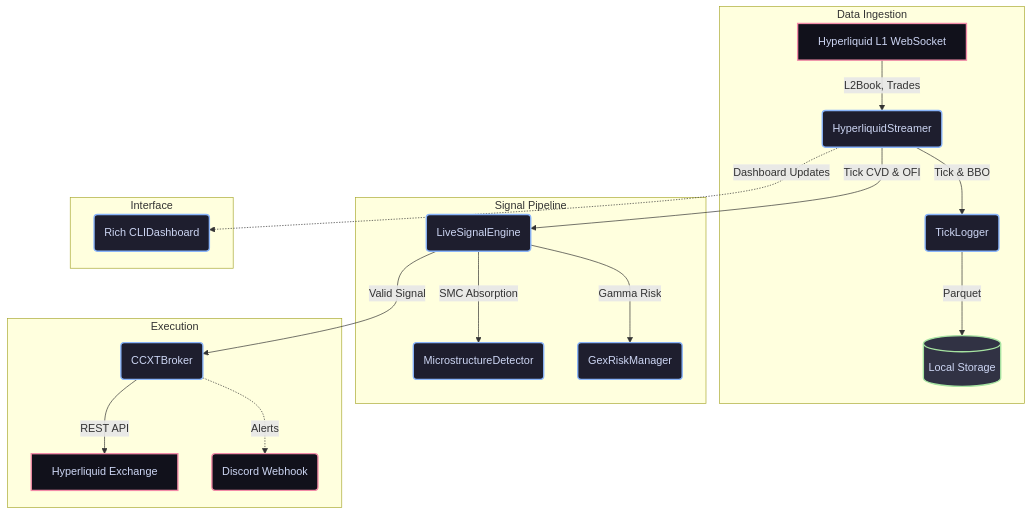
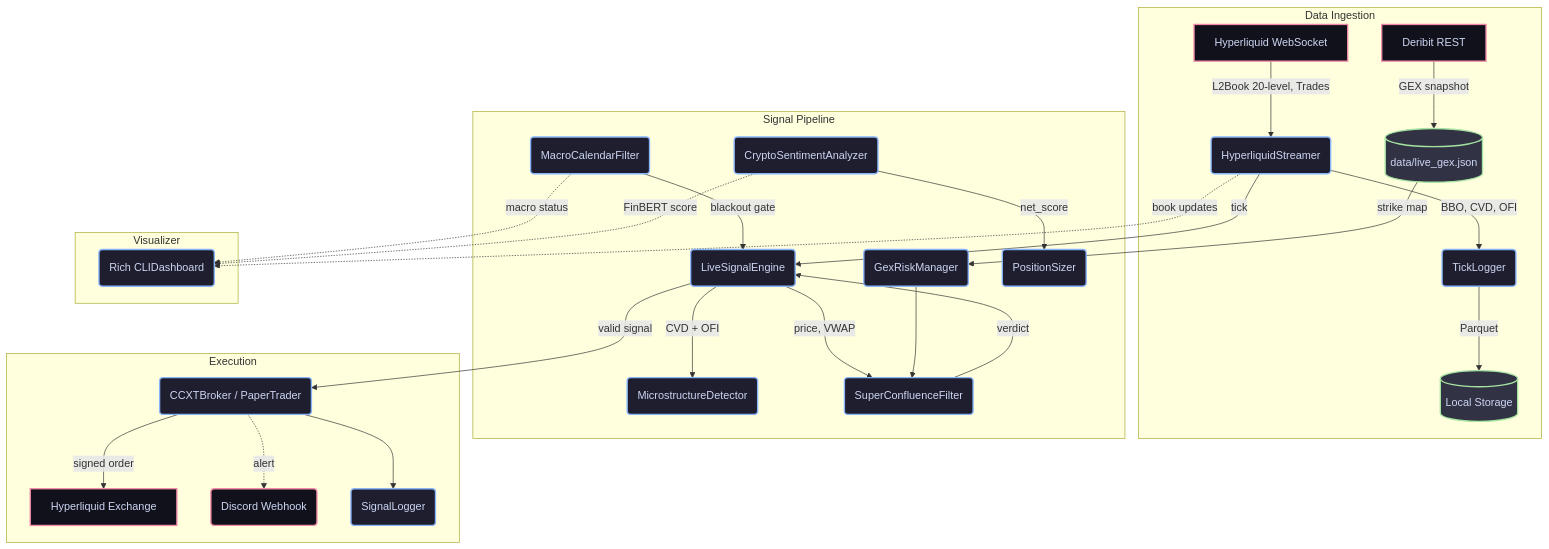
The diagram in README.md (Ad1xon/crypto-bot), drawn with Mermaid before and after one commit. The commit also changed other lines of this file and 2 other files, not shown here.

Commit message:
docs: add ARCHITECTURE.md, rewrite README, add .cursorrules and STATE.md to gitignore

````diff
--- a/README.md
+++ b/README.md
@@ -9,32 +14,41 @@
 ```mermaid
 flowchart TD
     subgraph Data Ingestion
-        HL[Hyperliquid L1 WebSocket] -->|L2Book, Trades| Streamer(HyperliquidStreamer)
-        Streamer -->|Tick & BBO| Logger(TickLogger)
+        HL[Hyperliquid WebSocket] -->|L2Book 20-level, Trades| Streamer(HyperliquidStreamer)
+        Streamer -->|BBO, CVD, OFI| Logger(TickLogger)
         Logger -->|Parquet| Storage[(Local Storage)]
+        Deribit[Deribit REST] -->|GEX snapshot| GEXFile[(data/live_gex.json)]
     end
 
     subgraph Signal Pipeline
-        Streamer -->|Tick CVD & OFI| Engine(LiveSignalEngine)
-        Engine -->|SMC Absorption| Detector(MicrostructureDetector)
-        Engine -->|Gamma Risk| GEX(GexRiskManager)
+        Streamer -->|tick| Engine(LiveSignalEngine)
+        Engine -->|CVD + OFI| Detector(MicrostructureDetector)
+        Engine -->|price, VWAP| Confluence(SuperConfluenceFilter)
+        GEXFile -->|strike map| GEX(GexRiskManager)
+        GEX --> Confluence
+        Macro(MacroCalendarFilter) -->|blackout gate| Engine
+        Sentiment(CryptoSentimentAnalyzer) -->|net_score| Sizer(PositionSizer)
+        Confluence -->|verdict| Engine
     end
 
     subgraph Execution
-        Engine -->|Valid Signal| Broker(CCXTBroker)
-        Broker -->|REST API| HL_Exec[Hyperliquid Exchange]
-        Broker -.->|Alerts| Discord(Discord Webhook)
+        Engine -->|valid signal| Broker(CCXTBroker / PaperTrader)
+        Broker -->|signed order| HL_Exec[Hyperliquid Exchange]
+        Broker -.->|alert| Discord(Discord Webhook)
+        Broker --> SigLog(SignalLogger)
     end
 
-    subgraph Interface
-        Streamer -.->|Dashboard Updates| CLI(Rich CLIDashboard)
+    subgraph Visualizer
+        Streamer -.->|book updates| CLI(Rich CLIDashboard)
+        Macro -.->|macro status| CLI
+        Sentiment -.->|FinBERT score| CLI
     end
 
     classDef main fill:#1e1e2e,stroke:#89b4fa,stroke-width:2px,color:#cdd6f4;
     classDef storage fill:#313244,stroke:#a6e3a1,stroke-width:2px,color:#cdd6f4;
     classDef ext fill:#11111b,stroke:#f38ba8,stroke-width:2px,color:#cdd6f4;
 
-    class Streamer,Engine,Detector,GEX,Broker,Logger,CLI main;
-    class Storage storage;
-    class HL,HL_Exec,Discord ext;
+    class Streamer,Engine,Detector,Confluence,GEX,Broker,Logger,CLI,Sizer,Macro,Sentiment,SigLog main;
+    class Storage,GEXFile storage;
+    class HL,HL_Exec,Discord,Deribit ext;
 ```
````
